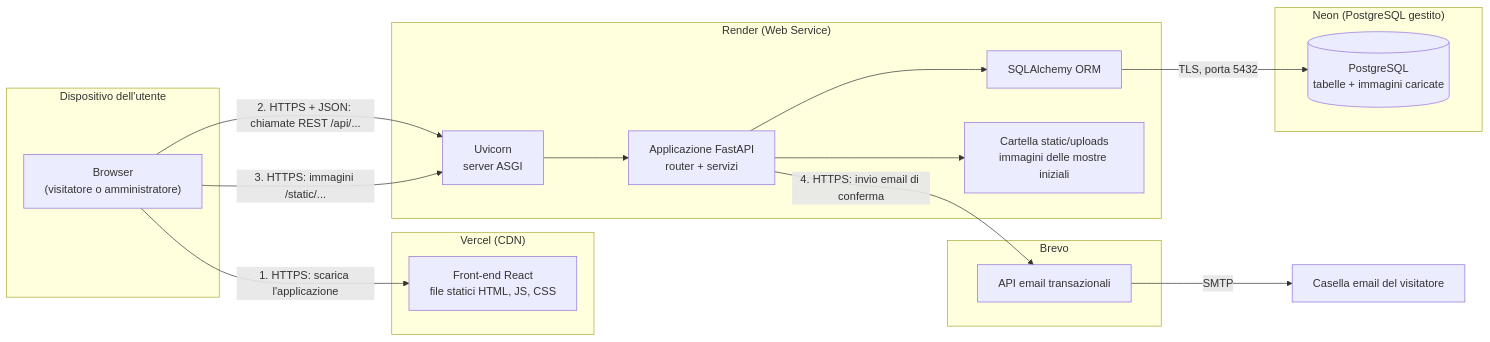
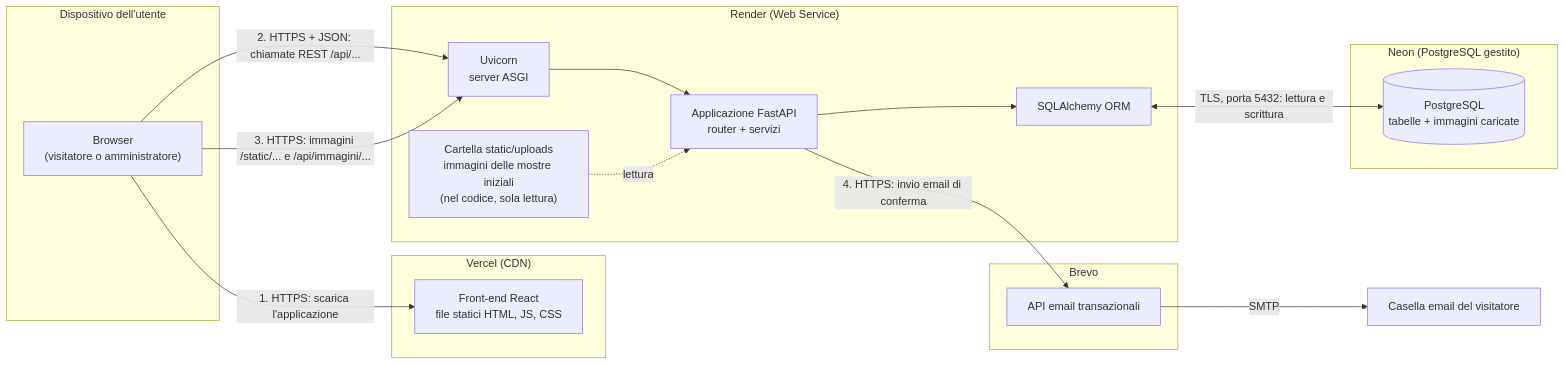
Before and after one commit to reverserob/museo-digitale-pw: the first of 7 diagrams in DOCUMENTATION.md, drawn with Mermaid. The commit also changed other lines of this file and 1 other file, not shown here.

Commit message:
update campo email conferama

````diff
--- a/DOCUMENTATION.md
+++ b/DOCUMENTATION.md
@@ -132,26 +132,26 @@
 ```mermaid
 flowchart LR
     subgraph Client["Dispositivo dell'utente"]
         B["Browser<br/>(visitatore o amministratore)"]
     end
     subgraph Vercel["Vercel (CDN)"]
         F["Front-end React<br/>file statici HTML, JS, CSS"]
     end
     subgraph Render["Render (Web Service)"]
         U["Uvicorn<br/>server ASGI"] --> A["Applicazione FastAPI<br/>router + servizi"]
         A --> O["SQLAlchemy ORM"]
-        A --> S["Cartella static/uploads<br/>immagini delle mostre iniziali"]
+        S["Cartella static/uploads<br/>immagini delle mostre iniziali<br/>(nel codice, sola lettura)"] -. "lettura" .-> A
     end
     subgraph Neon["Neon (PostgreSQL gestito)"]
         D[("PostgreSQL<br/>tabelle + immagini caricate")]
     end
-    O -- "TLS, porta 5432" --> D
+    O <-- "TLS, porta 5432: lettura e scrittura" --> D
     subgraph Brevo["Brevo"]
         M["API email transazionali"]
     end
     B -- "1. HTTPS: scarica l'applicazione" --> F
     B -- "2. HTTPS + JSON: chiamate REST /api/..." --> U
-    B -- "3. HTTPS: immagini /static/..." --> U
+    B -- "3. HTTPS: immagini /static/... e /api/immagini/..." --> U
     A -- "4. HTTPS: invio email di conferma" --> M
     M -- "SMTP" --> E["Casella email del visitatore"]
 ```
````
